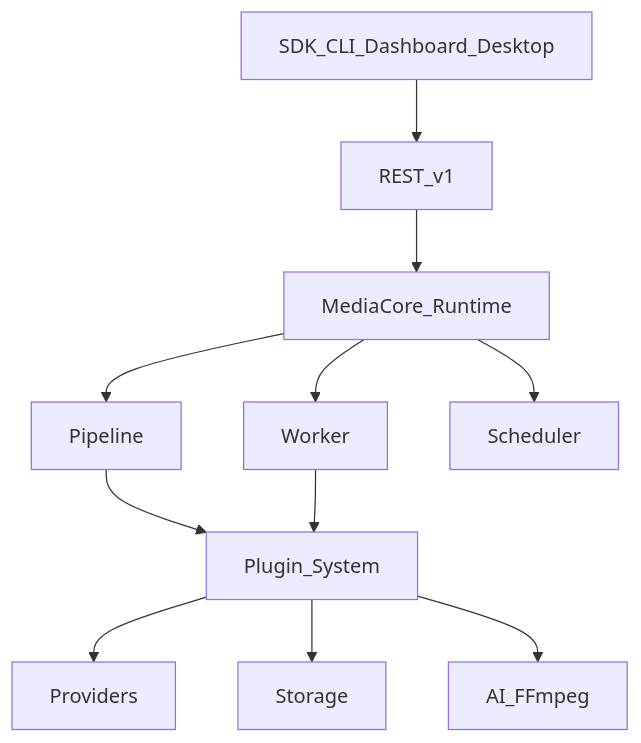
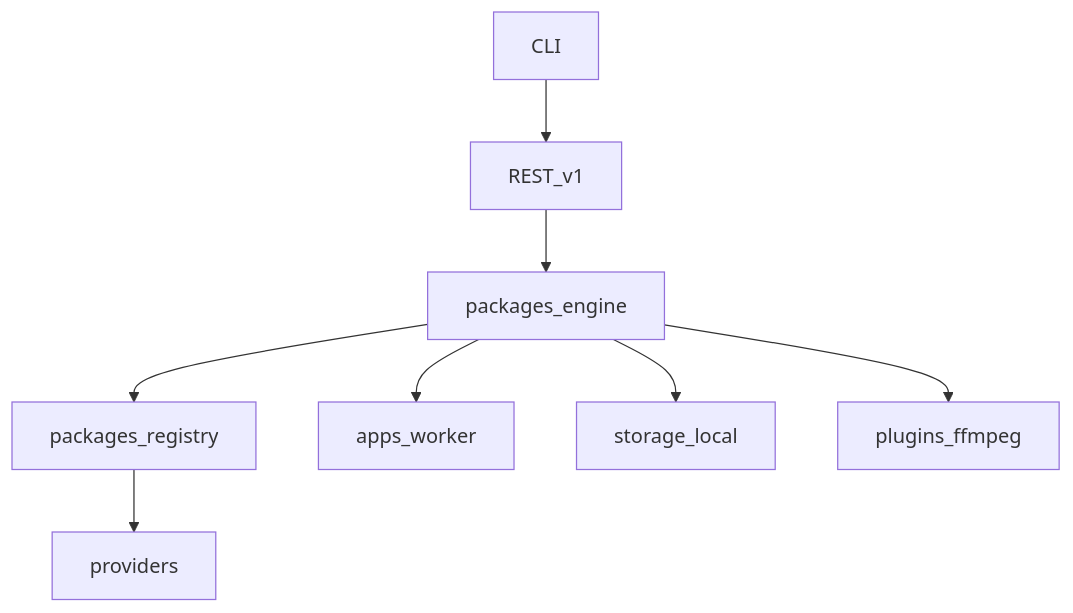
One commit to vannyakh/mediacore changed the diagram in docs/architecture/index.md. Above: the diagram before and after it, drawn with Mermaid. The commit also changed other lines of this file and 243 other files, not shown here.

First line of the commit message:
Refactor MediaCore documentation and remove dashboard components

````diff
--- a/docs/architecture/index.md
+++ b/docs/architecture/index.md
@@ -35,13 +32,10 @@
 ```mermaid
 flowchart TD
-  Apps[SDK_CLI_Dashboard_Desktop] --> API[REST_v1]
-  API --> Runtime[MediaCore_Runtime]
-  Runtime --> Pipeline[Pipeline]
-  Runtime --> Worker[Worker]
-  Runtime --> Scheduler[Scheduler]
-  Pipeline --> PluginSys[Plugin_System]
-  Worker --> PluginSys
-  PluginSys --> Providers[Providers]
-  PluginSys --> Storage[Storage]
-  PluginSys --> AI[AI_FFmpeg]
+  CLI[CLI] --> API[REST_v1]
+  API --> Engine[packages_engine]
+  Engine --> Registry[packages_registry]
+  Registry --> Providers[providers]
+  Engine --> Worker[apps_worker]
+  Engine --> Storage[storage_local]
+  Engine --> FFmpeg[plugins_ffmpeg]
 ```
````
